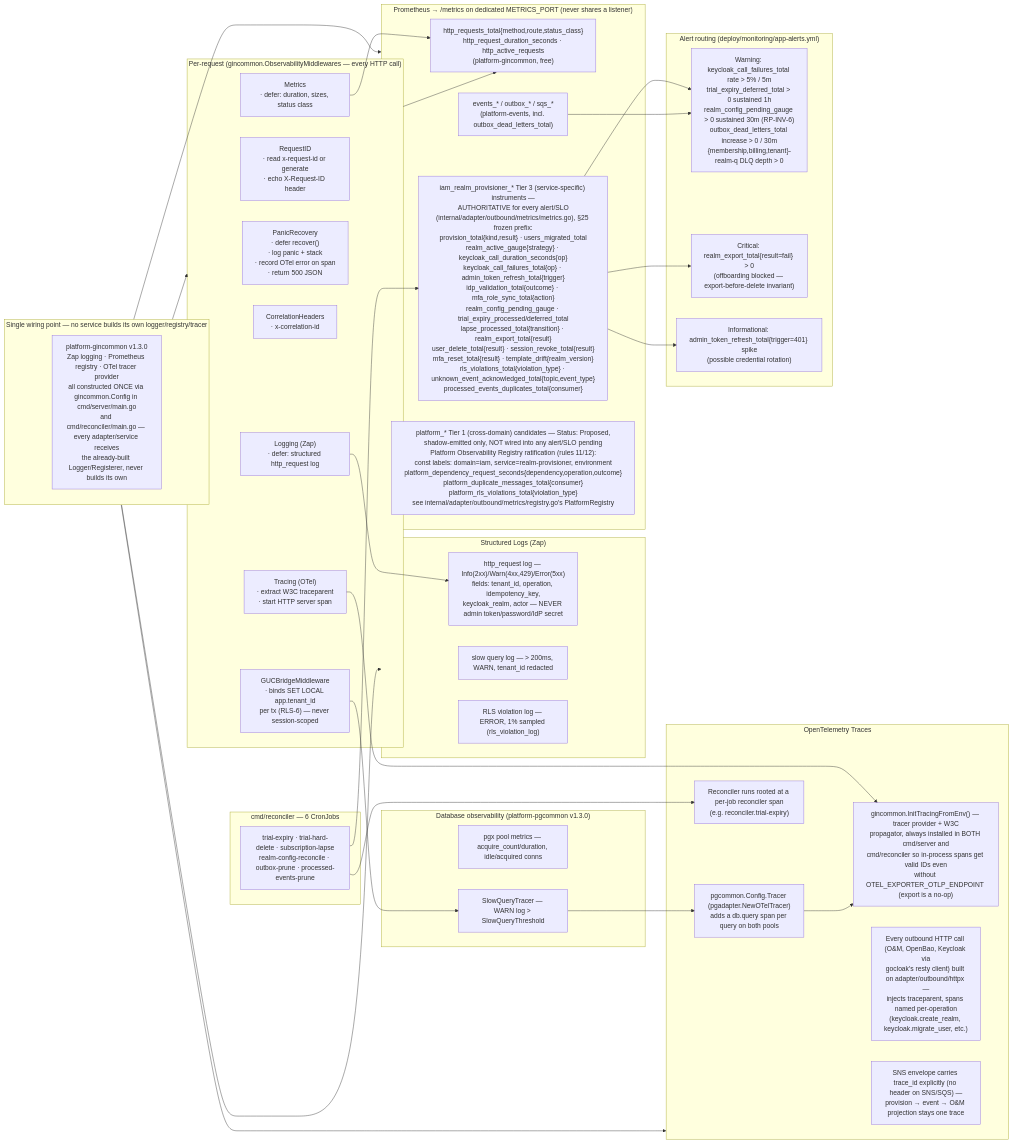
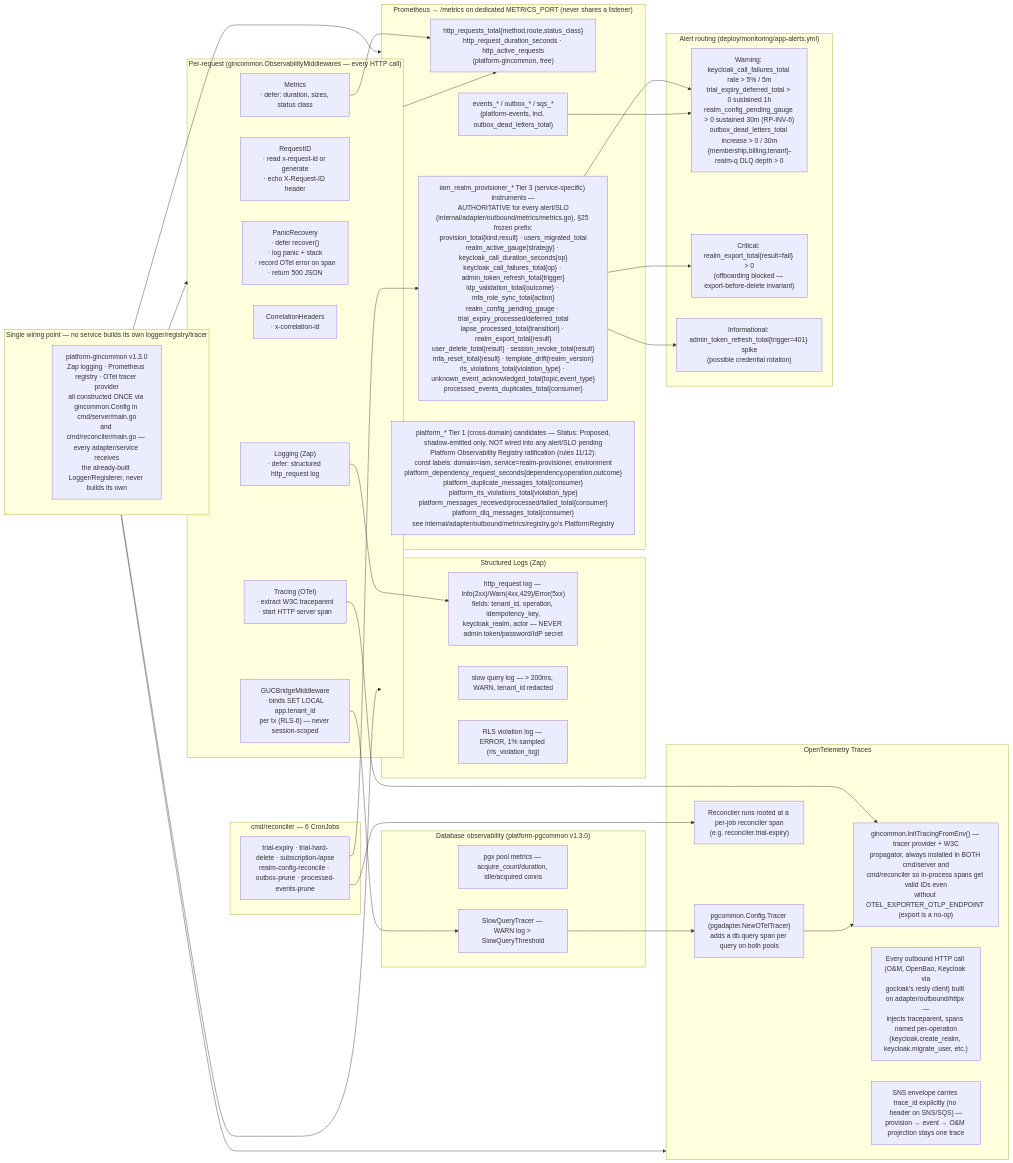
The eighth of 10 diagrams in ARCHITECTURE.md (BCBP-SOLUTIONS-FZC-LLC/iam-realm-provisioner), drawn with Mermaid before and after one commit. The commit also changed other lines of this file and 36 other files, not shown here.

````diff
--- a/ARCHITECTURE.md
+++ b/ARCHITECTURE.md
@@ -617,70 +617,70 @@
 ```mermaid
 graph LR
     subgraph request["Per-request (gincommon.ObservabilityMiddlewares — every HTTP call)"]
         panic["PanicRecovery\n· defer recover()\n· log panic + stack\n· record OTel error on span\n· return 500 JSON"]
         reqid["RequestID\n· read x-request-id or generate\n· echo X-Request-ID header"]
         trace["Tracing (OTel)\n· extract W3C traceparent\n· start HTTP server span"]
         corr["CorrelationHeaders\n· x-correlation-id"]
         metricsmw["Metrics\n· defer: duration, sizes, status class"]
         logging["Logging (Zap)\n· defer: structured http_request log"]
         guc["GUCBridgeMiddleware\n· binds SET LOCAL app.tenant_id\nper tx (RLS-6) — never session-scoped"]
     end
 
     subgraph gincommon_only["Single wiring point — no service builds its own logger/registry/tracer"]
         gc1["platform-gincommon v1.3.0\nZap logging · Prometheus registry · OTel tracer provider\nall constructed ONCE via gincommon.Config in cmd/server/main.go\nand cmd/reconciler/main.go — every adapter/service receives\nthe already-built Logger/Registerer, never builds its own"]
     end
 
     subgraph prom["Prometheus  →  /metrics on dedicated METRICS_PORT (never shares a listener)"]
         p1["http_requests_total{method,route,status_class}\nhttp_request_duration_seconds · http_active_requests\n(platform-gincommon, free)"]
         p2["events_* / outbox_* / sqs_*\n(platform-events, incl. outbox_dead_letters_total)"]
         p3["iam_realm_provisioner_* Tier 3 (service-specific) instruments —\nAUTHORITATIVE for every alert/SLO\n(internal/adapter/outbound/metrics/metrics.go), §25 frozen prefix:\nprovision_total{kind,result} · users_migrated_total\nrealm_active_gauge{strategy} · keycloak_call_duration_seconds{op}\nkeycloak_call_failures_total{op} · admin_token_refresh_total{trigger}\nidp_validation_total{outcome} · mfa_role_sync_total{action}\nrealm_config_pending_gauge · trial_expiry_processed/deferred_total\nlapse_processed_total{transition} · realm_export_total{result}\nuser_delete_total{result} · session_revoke_total{result}\nmfa_reset_total{result} · template_drift{realm_version}\nrls_violations_total{violation_type} · unknown_event_acknowledged_total{topic,event_type}\nprocessed_events_duplicates_total{consumer}"]
-        p4["platform_* Tier 1 (cross-domain) candidates — Status: Proposed,\nshadow-emitted only, NOT wired into any alert/SLO pending\nPlatform Observability Registry ratification (rules 11/12):\nconst labels: domain=iam, service=realm-provisioner, environment\nplatform_dependency_request_seconds{dependency,operation,outcome}\nplatform_duplicate_messages_total{consumer}\nplatform_rls_violations_total{violation_type}\nsee internal/adapter/outbound/metrics/registry.go's PlatformRegistry"]
+        p4["platform_* Tier 1 (cross-domain) candidates — Status: Proposed,\nshadow-emitted only, NOT wired into any alert/SLO pending\nPlatform Observability Registry ratification (rules 11/12):\nconst labels: domain=iam, service=realm-provisioner, environment\nplatform_dependency_request_seconds{dependency,operation,outcome}\nplatform_duplicate_messages_total{consumer}\nplatform_rls_violations_total{violation_type}\nplatform_messages_received/processed/failed_total{consumer}\nplatform_dlq_messages_total{consumer}\nsee internal/adapter/outbound/metrics/registry.go's PlatformRegistry"]
     end
 
     subgraph otel["OpenTelemetry Traces"]
         ot1["gincommon.InitTracingFromEnv() — tracer provider + W3C\npropagator, always installed in BOTH cmd/server and\ncmd/reconciler so in-process spans get valid IDs even\nwithout OTEL_EXPORTER_OTLP_ENDPOINT (export is a no-op)"]
         ot2["pgcommon.Config.Tracer (pgadapter.NewOTelTracer)\nadds a db.query span per query on both pools"]
         ot3["Every outbound HTTP call (O&M, OpenBao, Keycloak via\ngocloak's resty client) built on adapter/outbound/httpx —\ninjects traceparent, spans named per-operation\n(keycloak.create_realm, keycloak.migrate_user, etc.)"]
         ot4["SNS envelope carries trace_id explicitly (no header on SNS/SQS) —\nprovision → event → O&M projection stays one trace"]
         ot5["Reconciler runs rooted at a per-job reconciler span\n(e.g. reconciler.trial-expiry)"]
     end
 
     subgraph logs["Structured Logs (Zap)"]
         l1["http_request log — Info(2xx)/Warn(4xx,429)/Error(5xx)\nfields: tenant_id, operation, idempotency_key,\nkeycloak_realm, actor — NEVER admin token/password/IdP secret"]
         l2["slow query log — > 200ms, WARN, tenant_id redacted"]
         l3["RLS violation log — ERROR, 1% sampled (rls_violation_log)"]
     end
 
     subgraph db_obs["Database observability (platform-pgcommon v1.3.0)"]
         db1["pgx pool metrics — acquire_count/duration, idle/acquired conns"]
         db2["SlowQueryTracer — WARN log > SlowQueryThreshold"]
     end
 
     subgraph cron["cmd/reconciler — 6 CronJobs"]
         c1["trial-expiry · trial-hard-delete · subscription-lapse\nrealm-config-reconcile · outbox-prune · processed-events-prune"]
     end
 
     subgraph alerts["Alert routing (deploy/monitoring/app-alerts.yml)"]
         a1["Warning: keycloak_call_failures_total rate > 5% / 5m\ntrial_expiry_deferred_total > 0 sustained 1h\nrealm_config_pending_gauge > 0 sustained 30m (RP-INV-6)\noutbox_dead_letters_total increase > 0 / 30m\n{membership,billing,tenant}-realm-q DLQ depth > 0"]
         a2["Critical: realm_export_total{result=fail} > 0\n(offboarding blocked — export-before-delete invariant)"]
         a3["Informational: admin_token_refresh_total{trigger=401} spike\n(possible credential rotation)"]
     end
 
     gincommon_only --> request
     gincommon_only --> prom
     gincommon_only --> logs
     gincommon_only --> otel
     request --> p1
     metricsmw --> p1
     trace --> ot1
     logging --> l1
     guc --> db2
     db2 --> ot2
     ot2 --> ot1
     c1 --> p3
     c1 --> ot5
     p3 --> a1
     p3 --> a2
     p3 --> a3
     p2 --> a1
 ```
````
